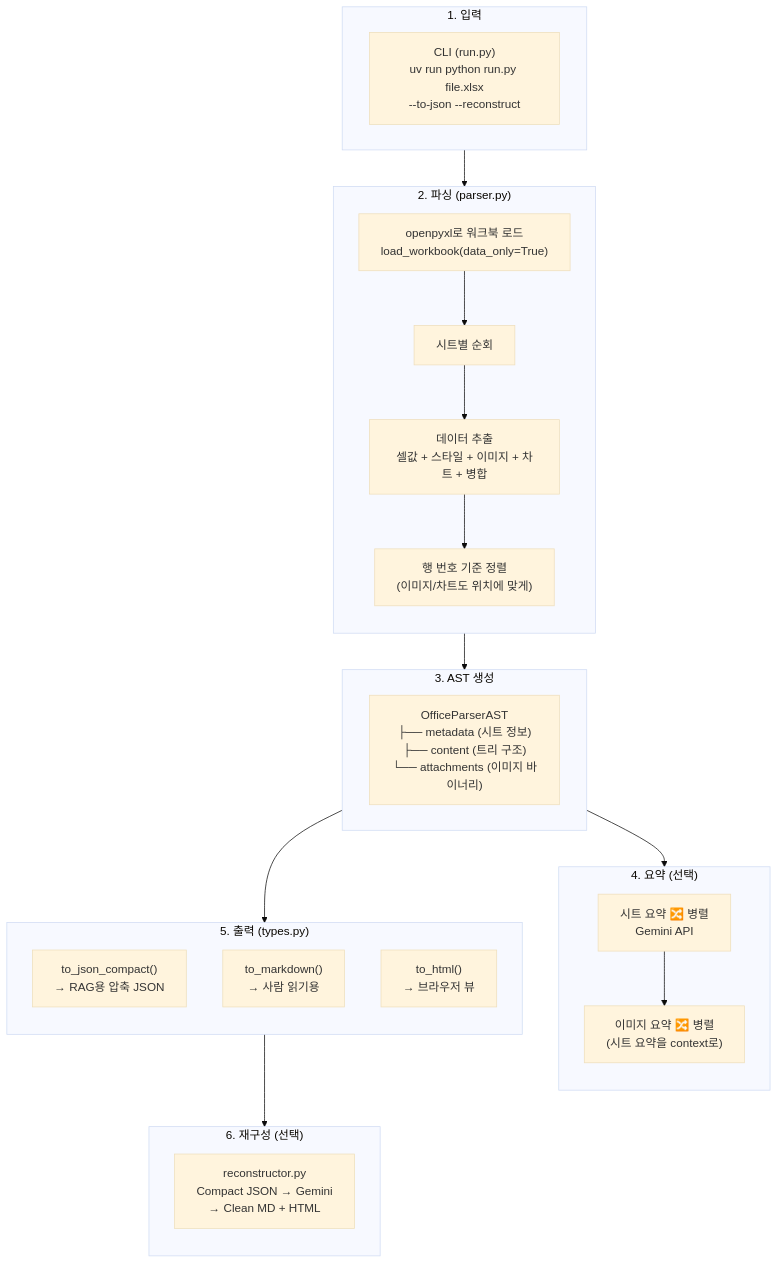
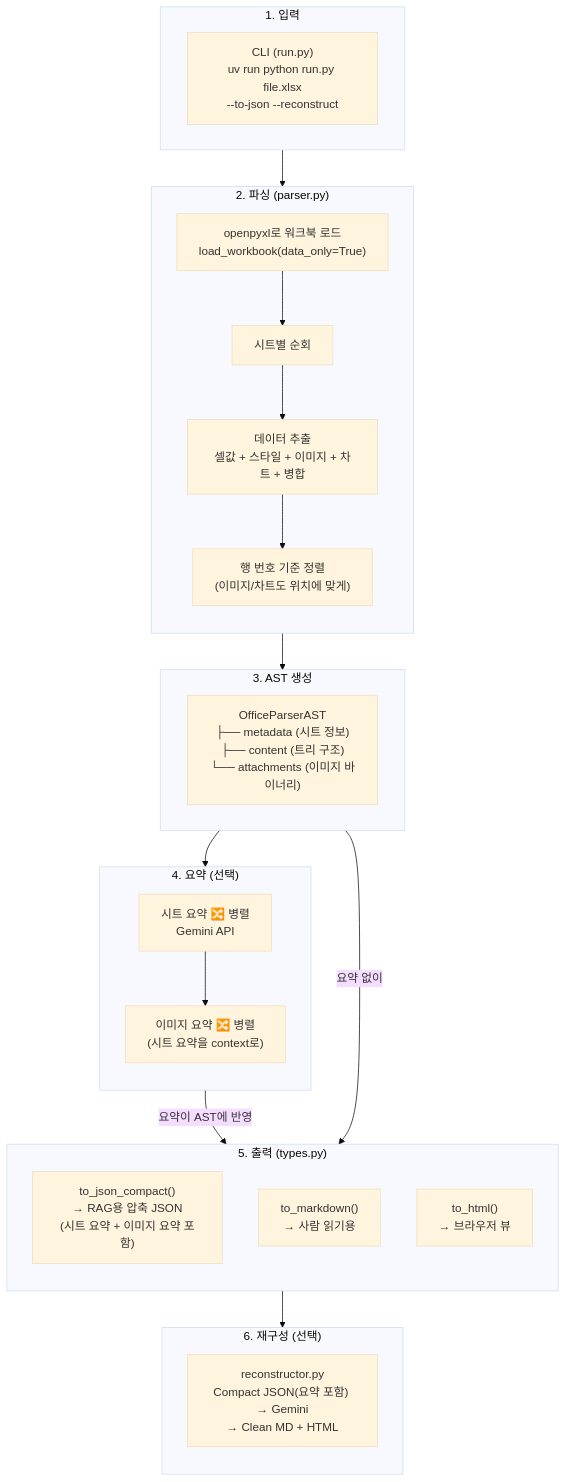
Before and after one commit to daekeun-ml/doc-parser: the diagram in workflow.md, drawn with Mermaid (base theme). The commit also changed other lines of this file and 4 other files, not shown here.

````diff
--- a/workflow.md
+++ b/workflow.md
@@ -37,43 +37,44 @@
 ```mermaid
 flowchart TB
     subgraph INPUT["1. 입력"]
         CLI["CLI (run.py)<br/>uv run python run.py file.xlsx<br/>--to-json --reconstruct"]
     end
 
     subgraph PARSE["2. 파싱 (parser.py)"]
         direction TB
         LOAD["openpyxl로 워크북 로드<br/>load_workbook(data_only=True)"]
         SHEET["시트별 순회"]
         EXTRACT["데이터 추출<br/>셀값 + 스타일 + 이미지 + 차트 + 병합"]
         SORT["행 번호 기준 정렬<br/>(이미지/차트도 위치에 맞게)"]
         LOAD --> SHEET --> EXTRACT --> SORT
     end
 
     subgraph AST_LAYER["3. AST 생성"]
         AST["OfficeParserAST<br/>├── metadata (시트 정보)<br/>├── content (트리 구조)<br/>└── attachments (이미지 바이너리)"]
     end
 
     subgraph SUMMARY["4. 요약 (선택)"]
         direction TB
         SHEET_SUM["시트 요약 🔀 병렬<br/>Gemini API"]
         IMG_SUM["이미지 요약 🔀 병렬<br/>(시트 요약을 context로)"]
         SHEET_SUM --> IMG_SUM
     end
 
     subgraph OUTPUT["5. 출력 (types.py)"]
         direction TB
-        JSON_OUT["to_json_compact()<br/>→ RAG용 압축 JSON"]
+        JSON_OUT["to_json_compact()<br/>→ RAG용 압축 JSON<br/>(시트 요약 + 이미지 요약 포함)"]
         MD_OUT["to_markdown()<br/>→ 사람 읽기용"]
         HTML_OUT["to_html()<br/>→ 브라우저 뷰"]
     end
 
     subgraph RECONSTRUCT["6. 재구성 (선택)"]
         direction TB
-        RC["reconstructor.py<br/>Compact JSON → Gemini<br/>→ Clean MD + HTML"]
+        RC["reconstructor.py<br/>Compact JSON(요약 포함) → Gemini<br/>→ Clean MD + HTML"]
     end
 
     INPUT --> PARSE --> AST_LAYER
     AST_LAYER --> SUMMARY
-    AST_LAYER --> OUTPUT
+    SUMMARY -->|"요약이 AST에 반영"| OUTPUT
+    AST_LAYER -->|"요약 없이"| OUTPUT
     OUTPUT --> RECONSTRUCT
 ```
````
